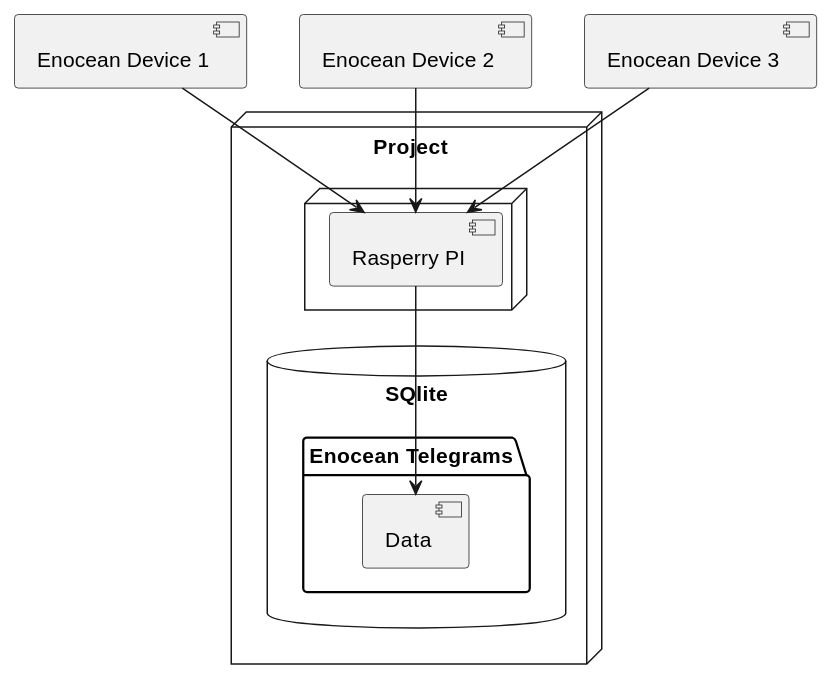
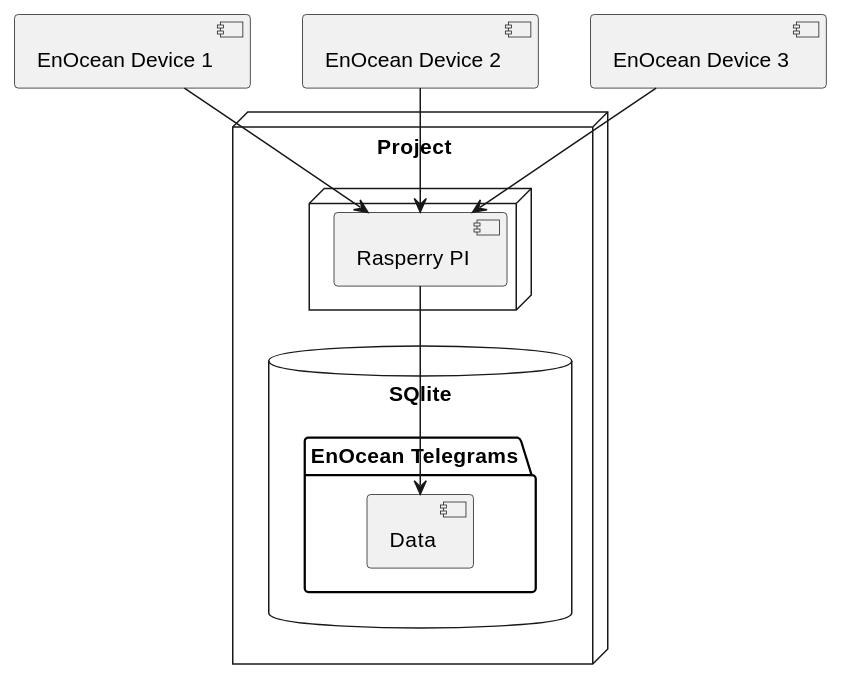
One commit to Gr33nOpo55um/EnOcean changed the second of 3 diagrams in documentation/abgabe_projektmanagement.md. Above: the diagram before and after it, drawn with PlantUML. The commit also changed other lines of this file and 1 other file, not shown here.

````diff
--- a/documentation/abgabe_projektmanagement.md
+++ b/documentation/abgabe_projektmanagement.md
@@ -225,25 +235,25 @@
 ```{puml}
 @startuml
 node "Project" {
   node {
     [Rasperry PI]
     }
 
 
     database "SQlite" {
-      folder "Enocean Telegrams" {
+      folder "EnOcean Telegrams" {
         [Data]
         }
 
     }
 }
 
-[Enocean Device 1] --> [Rasperry PI]
-[Enocean Device 2] --> [Rasperry PI]
-[Enocean Device 3] --> [Rasperry PI]
+[EnOcean Device 1] --> [Rasperry PI]
+[EnOcean Device 2] --> [Rasperry PI]
+[EnOcean Device 3] --> [Rasperry PI]
 
 
 [Rasperry PI] --> [Data]
 
 @enduml
 ```
````
